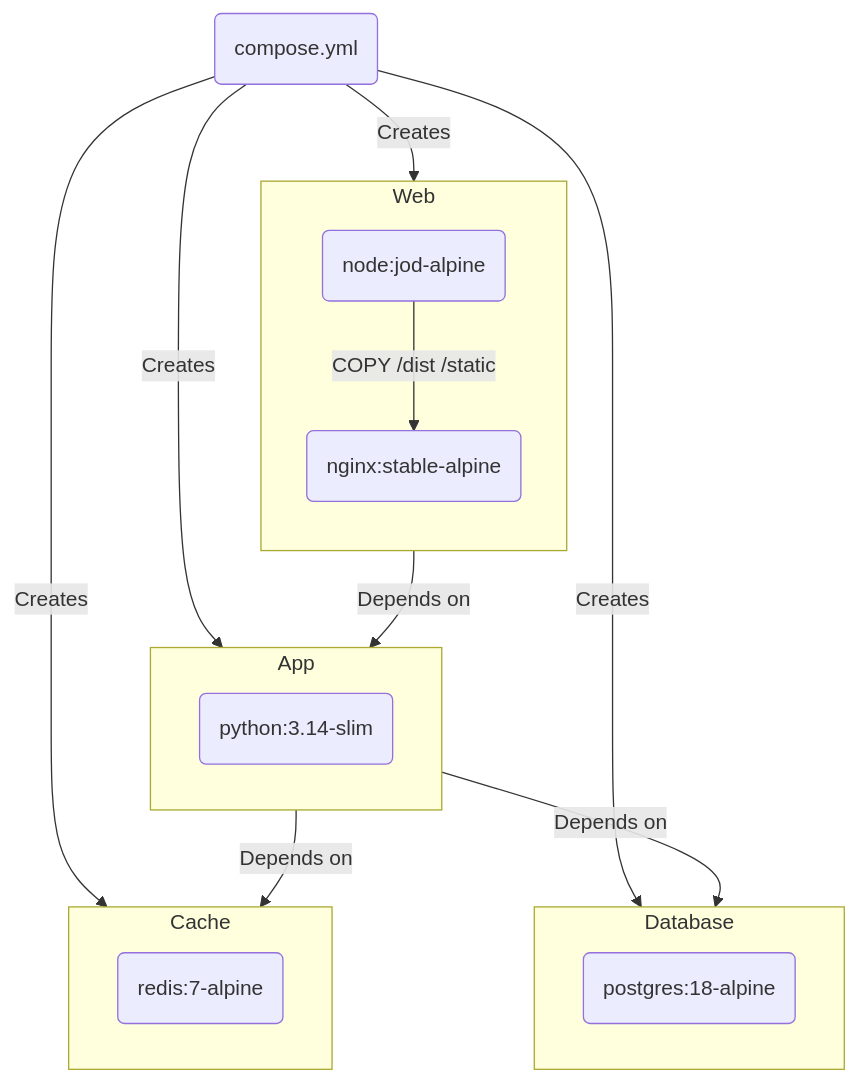
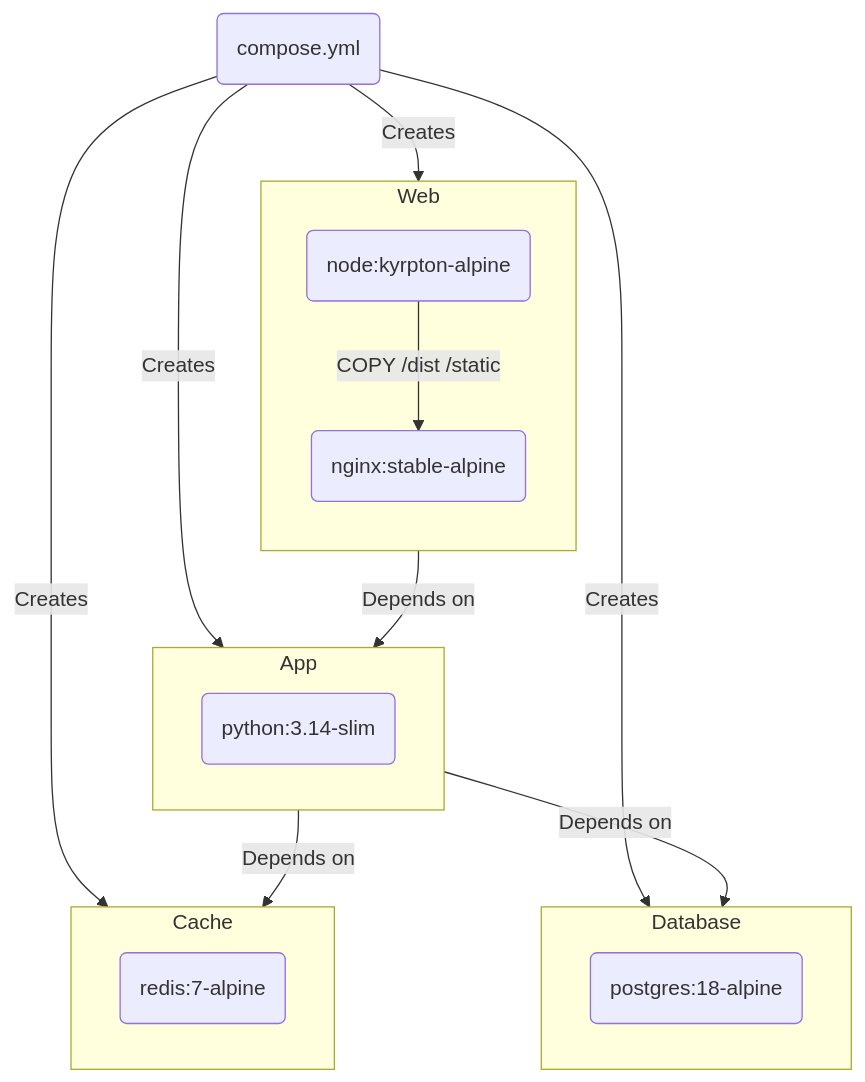
Before and after one commit to LandRegistry/govuk-frontend-flask: the first of 2 diagrams in README.md, drawn with Mermaid. The commit also changed 5 other files, not shown here.

````diff
--- a/README.md
+++ b/README.md
@@ -130,30 +130,30 @@
 ```mermaid
 flowchart TB
     compose(compose.yml)
     nginx(nginx:stable-alpine)
-    node(node:jod-alpine)
+    node(node:kyrpton-alpine)
     postgres(postgres:18-alpine)
     python(python:3.14-slim)
     redis(redis:7-alpine)
 
     compose -- Creates --> App & Cache & Web & Database
     App -- Depends on --> Cache & Database
     Web -- Depends on --> App
 
     subgraph Web
         direction TB
         node -- COPY /dist /static --> nginx
     end
 
     subgraph App
         python
     end
 
     subgraph Database
         postgres
     end
 
     subgraph Cache
         redis
     end
 ```
````
